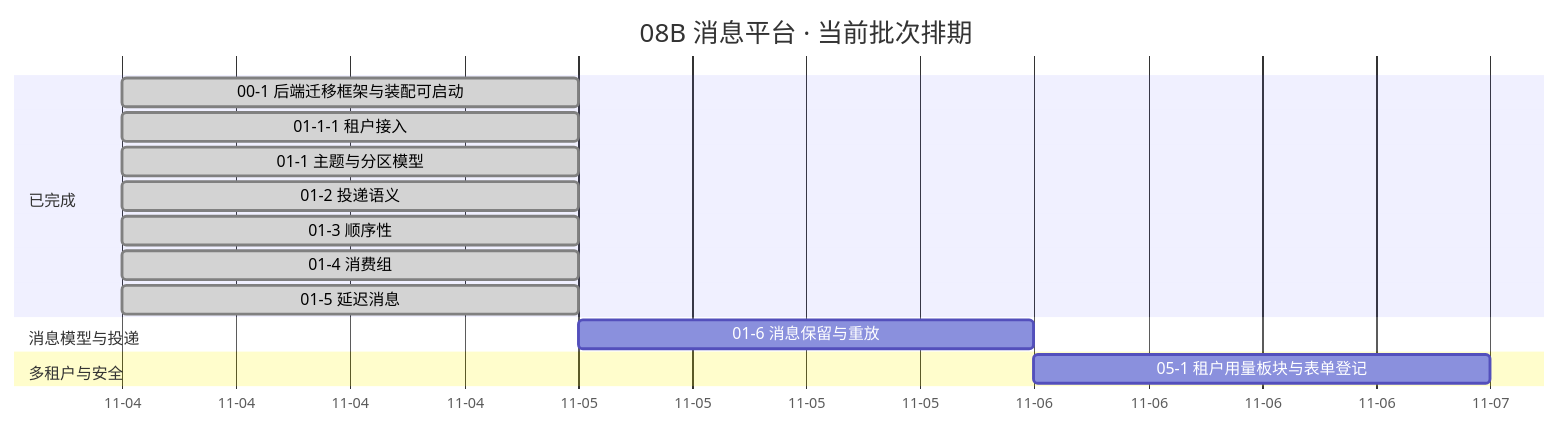
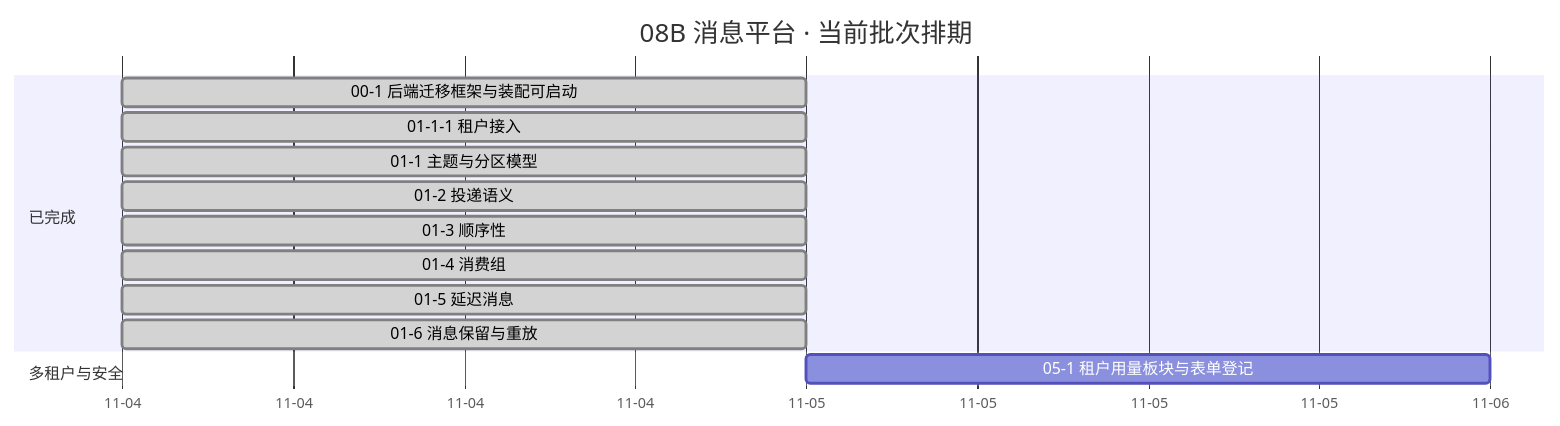
The diagram in msg文档/项目/08B_消息平台/计划/01_计划_消息平台.md (minjian123/message-platform), drawn with Mermaid before and after one commit. The commit also changed other lines of this file and 2 other files, not shown here.

Commit message:
docs(msg): 01-6 实施与测试记录、计划回写
- 实施记录：改动清单 / 关键实现 / 7 个踩坑与处置 / 5 处偏差回写 / 10 条遗留归口
- 测试记录：Kiwi 2418、用例清单（R1~R7 / S1~S9 / P1~P15 / A1~A8 + 存量补充）、
  覆盖率 100%、门禁结果、验收映射逐条核对（真段删除标注归 8B_02）
- 计划回写：01-6 移入「已完成」（工时 8h、日期 2026-11-04、偏差与遗留全量登记），
  剩余排期自 05-1 起，甘特移入已完成段；计划行「位点重置」描述已在偏差列纠正

````diff
--- a/msg文档/项目/08B_消息平台/计划/01_计划_消息平台.md
+++ b/msg文档/项目/08B_消息平台/计划/01_计划_消息平台.md
@@ -46,18 +46,17 @@
 ```mermaid
 gantt
     title 08B 消息平台 · 当前批次排期
     dateFormat YYYY-MM-DD
     axisFormat %m-%d
     section 已完成
     00-1 后端迁移框架与装配可启动 :done, d001, 2026-11-04, 1d
     01-1-1 租户接入 :done, d0111, 2026-11-04, 1d
     01-1 主题与分区模型 :done, t011, 2026-11-04, 1d
     01-2 投递语义 :done, t012, 2026-11-04, 1d
     01-3 顺序性 :done, t013, 2026-11-04, 1d
     01-4 消费组 :done, t014, 2026-11-04, 1d
     01-5 延迟消息 :done, t015, 2026-11-04, 1d
-    section 消息模型与投递
-    01-6 消息保留与重放 :t016, after t015, 1d
+    01-6 消息保留与重放 :done, t016, 2026-11-04, 1d
     section 多租户与安全
     05-1 租户用量板块与表单登记 :t051, after t016, 1d
 ```
````
